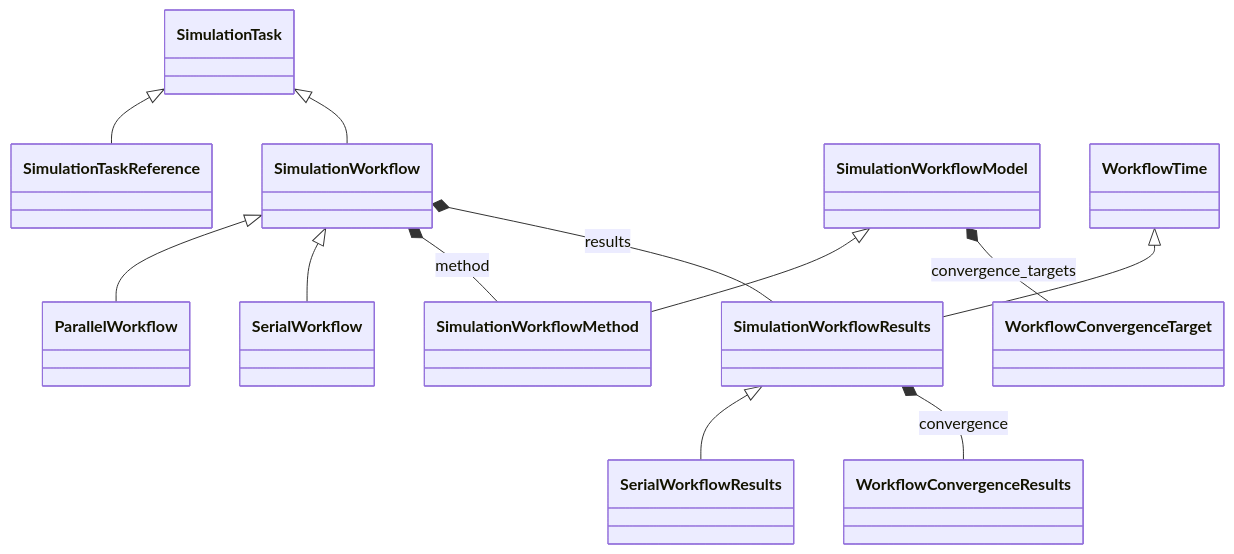
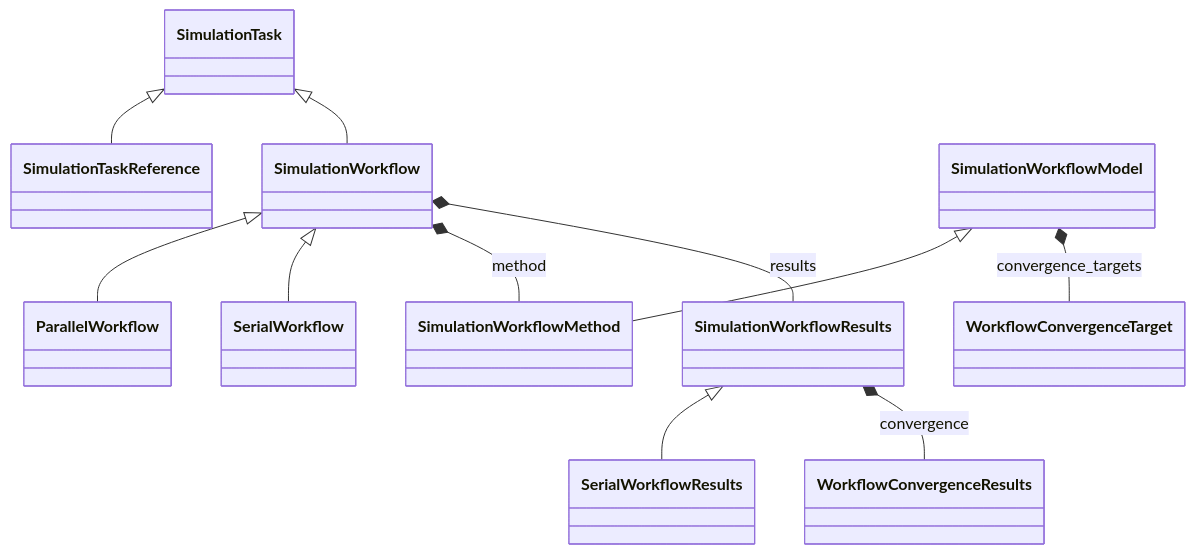
The diagram in docs/schema/workflow.diagram.md (FAIRmat-NFDI/nomad-simulations), drawn with Mermaid before and after one commit. The commit also changed 4 other files, not shown here.

First line of the commit message:
Remove the unused `WorkflowTime` copy from `SimulationWorkflowResults` (#540)

````diff
--- a/docs/schema/workflow.diagram.md
+++ b/docs/schema/workflow.diagram.md
@@ -14,38 +14,35 @@
 ```mermaid
 classDiagram
     class ParallelWorkflow {
     }
     class SerialWorkflow {
     }
     class SerialWorkflowResults {
     }
     class SimulationTask {
     }
     class SimulationTaskReference {
     }
     class SimulationWorkflow {
     }
     class SimulationWorkflowMethod {
     }
     class SimulationWorkflowModel {
     }
     class SimulationWorkflowResults {
     }
     class WorkflowConvergenceResults {
     }
     class WorkflowConvergenceTarget {
     }
-    class WorkflowTime {
-    }
     SimulationWorkflow <|-- ParallelWorkflow
     SimulationWorkflow <|-- SerialWorkflow
     SimulationWorkflowResults <|-- SerialWorkflowResults
     SimulationTask <|-- SimulationTaskReference
     SimulationTask <|-- SimulationWorkflow
     SimulationWorkflowModel <|-- SimulationWorkflowMethod
-    WorkflowTime <|-- SimulationWorkflowResults
     SimulationWorkflow *-- SimulationWorkflowMethod : method
     SimulationWorkflow *-- SimulationWorkflowResults : results
     SimulationWorkflowModel *-- WorkflowConvergenceTarget : convergence_targets
     SimulationWorkflowResults *-- WorkflowConvergenceResults : convergence
 ```
````
